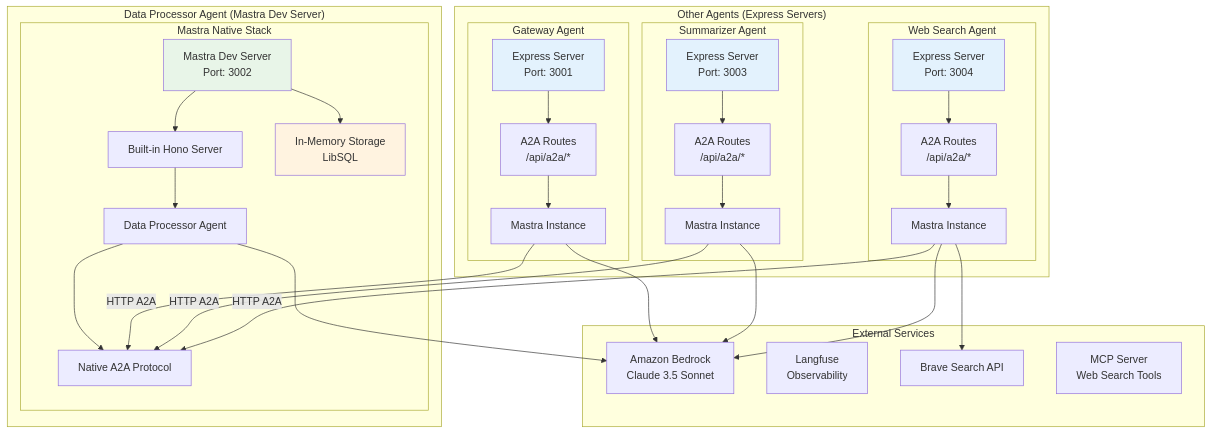
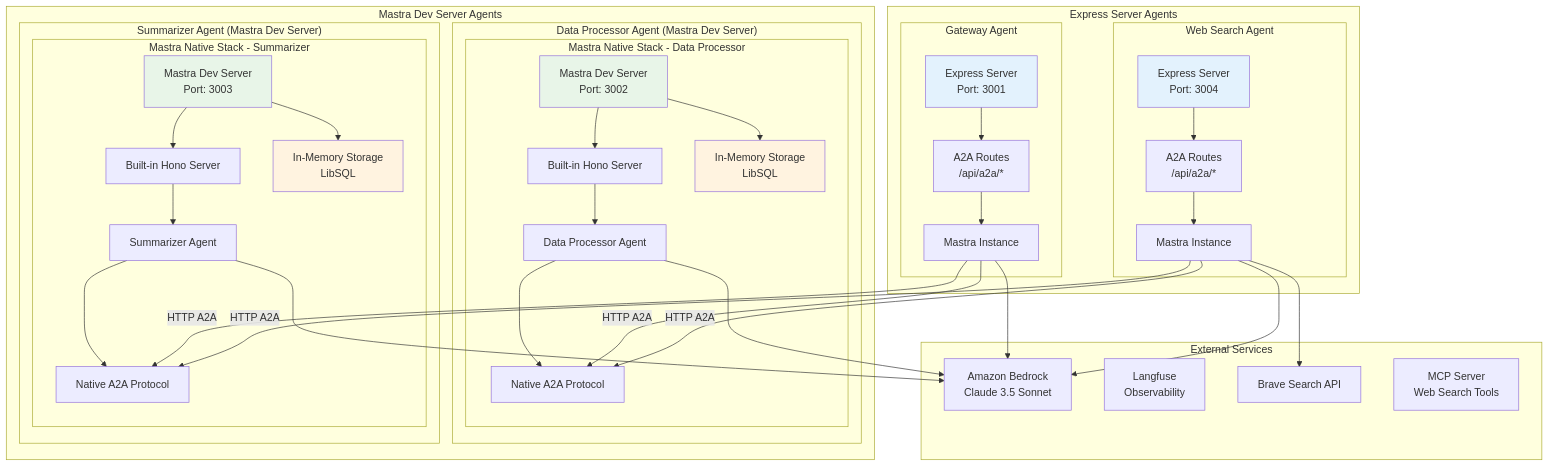
The first of 6 diagrams in README.md (tubone24/a2a_mastra), drawn with Mermaid before and after one commit. The commit also changed other lines of this file, not shown here.

Commit message:
🔧 refactor(README.md): アーキテクチャの説明を整理し、エージェントの役割を明確化する

````diff
--- a/README.md
+++ b/README.md
@@ -29,67 +29,78 @@
 ```mermaid
 graph TB
-    subgraph "Data Processor Agent (Mastra Dev Server)"
-        subgraph "Mastra Native Stack"
-            MASTRA_DEV[Mastra Dev Server<br/>Port: 3002]
-            MASTRA_HONO[Built-in Hono Server]
-            MASTRA_AGENT[Data Processor Agent]
-            MASTRA_A2A[Native A2A Protocol]
-            MASTRA_STORAGE[In-Memory Storage<br/>LibSQL]
+    subgraph "Mastra Dev Server Agents"
+        subgraph "Data Processor Agent (Mastra Dev Server)"
+            subgraph "Mastra Native Stack - Data Processor"
+                DP_MASTRA_DEV[Mastra Dev Server<br/>Port: 3002]
+                DP_MASTRA_HONO[Built-in Hono Server]
+                DP_MASTRA_AGENT[Data Processor Agent]
+                DP_MASTRA_A2A[Native A2A Protocol]
+                DP_MASTRA_STORAGE[In-Memory Storage<br/>LibSQL]
+            end
+            
+            DP_MASTRA_DEV --> DP_MASTRA_HONO
+            DP_MASTRA_HONO --> DP_MASTRA_AGENT
+            DP_MASTRA_AGENT --> DP_MASTRA_A2A
+            DP_MASTRA_DEV --> DP_MASTRA_STORAGE
         end
         
-        MASTRA_DEV --> MASTRA_HONO
-        MASTRA_HONO --> MASTRA_AGENT
-        MASTRA_AGENT --> MASTRA_A2A
-        MASTRA_DEV --> MASTRA_STORAGE
+        subgraph "Summarizer Agent (Mastra Dev Server)"
+            subgraph "Mastra Native Stack - Summarizer"
+                SM_MASTRA_DEV[Mastra Dev Server<br/>Port: 3003]
+                SM_MASTRA_HONO[Built-in Hono Server]
+                SM_MASTRA_AGENT[Summarizer Agent]
+                SM_MASTRA_A2A[Native A2A Protocol]
+                SM_MASTRA_STORAGE[In-Memory Storage<br/>LibSQL]
+            end
+            
+            SM_MASTRA_DEV --> SM_MASTRA_HONO
+            SM_MASTRA_HONO --> SM_MASTRA_AGENT
+            SM_MASTRA_AGENT --> SM_MASTRA_A2A
+            SM_MASTRA_DEV --> SM_MASTRA_STORAGE
+        end
     end
     
-    subgraph "Other Agents (Express Servers)"
+    subgraph "Express Server Agents"
         subgraph "Gateway Agent"
             GW_EXPRESS[Express Server<br/>Port: 3001]
             GW_ROUTES[A2A Routes<br/>/api/a2a/*]
             GW_MASTRA[Mastra Instance]
-        end
-        
-        subgraph "Summarizer Agent"
-            SM_EXPRESS[Express Server<br/>Port: 3003]
-            SM_ROUTES[A2A Routes<br/>/api/a2a/*]
-            SM_MASTRA[Mastra Instance]
         end
         
         subgraph "Web Search Agent"
             WS_EXPRESS[Express Server<br/>Port: 3004]
             WS_ROUTES[A2A Routes<br/>/api/a2a/*]
             WS_MASTRA[Mastra Instance]
         end
         
         GW_EXPRESS --> GW_ROUTES
         GW_ROUTES --> GW_MASTRA
-        SM_EXPRESS --> SM_ROUTES
-        SM_ROUTES --> SM_MASTRA
         WS_EXPRESS --> WS_ROUTES
         WS_ROUTES --> WS_MASTRA
     end
     
     subgraph "External Services"
         BEDROCK[Amazon Bedrock<br/>Claude 3.5 Sonnet]
         LANGFUSE[Langfuse<br/>Observability]
         BRAVE[Brave Search API]
         MCP[MCP Server<br/>Web Search Tools]
     end
     
-    GW_MASTRA -->|HTTP A2A| MASTRA_A2A
-    SM_MASTRA -->|HTTP A2A| MASTRA_A2A
-    WS_MASTRA -->|HTTP A2A| MASTRA_A2A
+    GW_MASTRA -->|HTTP A2A| DP_MASTRA_A2A
+    GW_MASTRA -->|HTTP A2A| SM_MASTRA_A2A
+    WS_MASTRA -->|HTTP A2A| DP_MASTRA_A2A
+    WS_MASTRA -->|HTTP A2A| SM_MASTRA_A2A
     
-    MASTRA_AGENT --> BEDROCK
+    DP_MASTRA_AGENT --> BEDROCK
+    SM_MASTRA_AGENT --> BEDROCK
     GW_MASTRA --> BEDROCK
-    SM_MASTRA --> BEDROCK
     WS_MASTRA --> BEDROCK
     WS_MASTRA --> BRAVE
     
-    style MASTRA_DEV fill:#e8f5e8
+    style DP_MASTRA_DEV fill:#e8f5e8
+    style SM_MASTRA_DEV fill:#e8f5e8
     style GW_EXPRESS fill:#e3f2fd
-    style SM_EXPRESS fill:#e3f2fd
     style WS_EXPRESS fill:#e3f2fd
-    style MASTRA_STORAGE fill:#fff3e0
+    style DP_MASTRA_STORAGE fill:#fff3e0
+    style SM_MASTRA_STORAGE fill:#fff3e0
 ```
````
